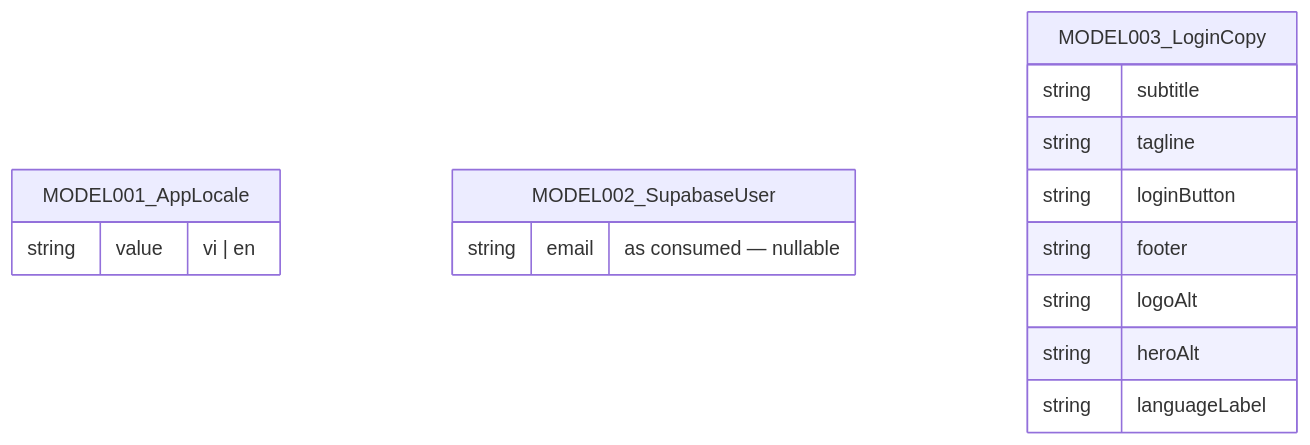
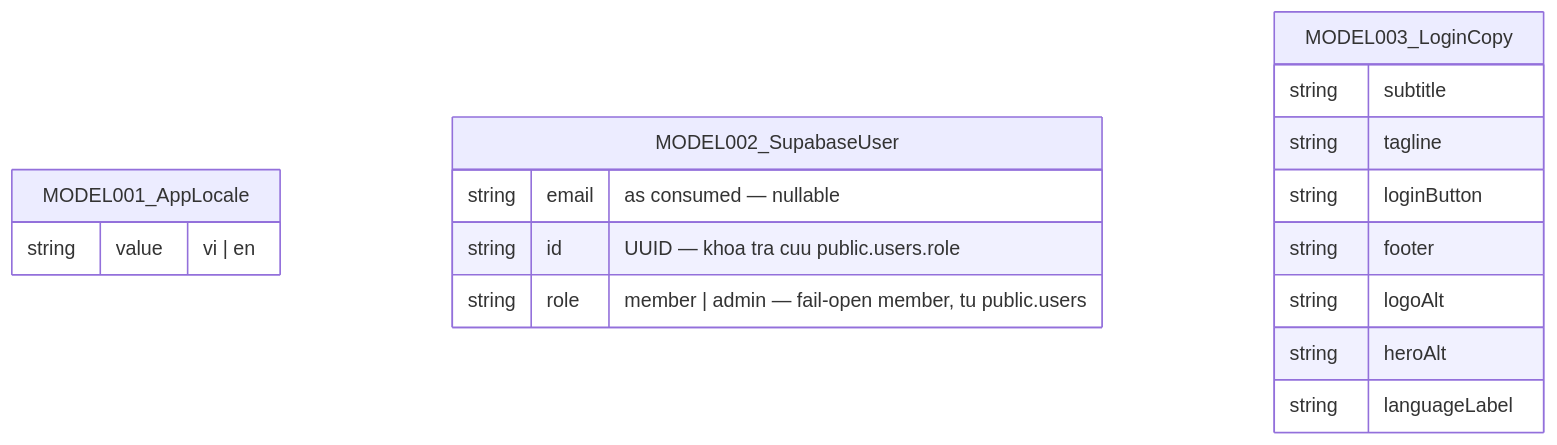
The diagram in docs/vi/generated/entities.md (thangdx-1076/agentic-coding-hands-on), drawn with Mermaid before and after one commit. The commit also changed other lines of this file and 22 other files, not shown here.

````diff
--- a/docs/vi/generated/entities.md
+++ b/docs/vi/generated/entities.md
@@ -10,18 +10,20 @@
 ```mermaid
 erDiagram
     MODEL001_AppLocale {
         string value "vi | en"
     }
     MODEL002_SupabaseUser {
         string email "as consumed — nullable"
+        string id "UUID — khoa tra cuu public.users.role"
+        string role "member | admin — fail-open member, tu public.users"
     }
     MODEL003_LoginCopy {
         string subtitle
         string tagline
         string loginButton
         string footer
         string logoAlt
         string heroAlt
         string languageLabel
     }
 ```
````
